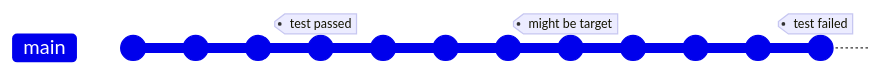
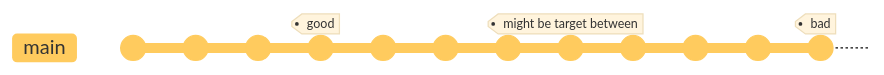
The diagram in docs/document/Skill/Git/docs/4.Git History & Reset.md (sharpchen/sharpchen.github.io), drawn with Mermaid before and after one commit. The commit also changed other lines of this file and 2 other files, not shown here. Commit ids are hidden.

````diff
--- a/docs/document/Skill/Git/docs/4.Git History & Reset.md
+++ b/docs/document/Skill/Git/docs/4.Git History & Reset.md
@@ -46,15 +46,20 @@
 ```mermaid
+---
+config:
+  logLevel: 'debug'
+  theme: 'base'
+---
 gitGraph
     commit
     commit
     commit
-    commit id: 'good' tag: 'test passed'
+    commit tag: 'good' id: 'test passed'
     commit
     commit
     commit
-    commit tag: 'might be target'
+    commit tag: 'might be target between'
     commit
     commit
     commit
-    commit id: 'bad' tag: 'test failed'
+commit tag: 'bad' id: 'test failed'
 ```
````
